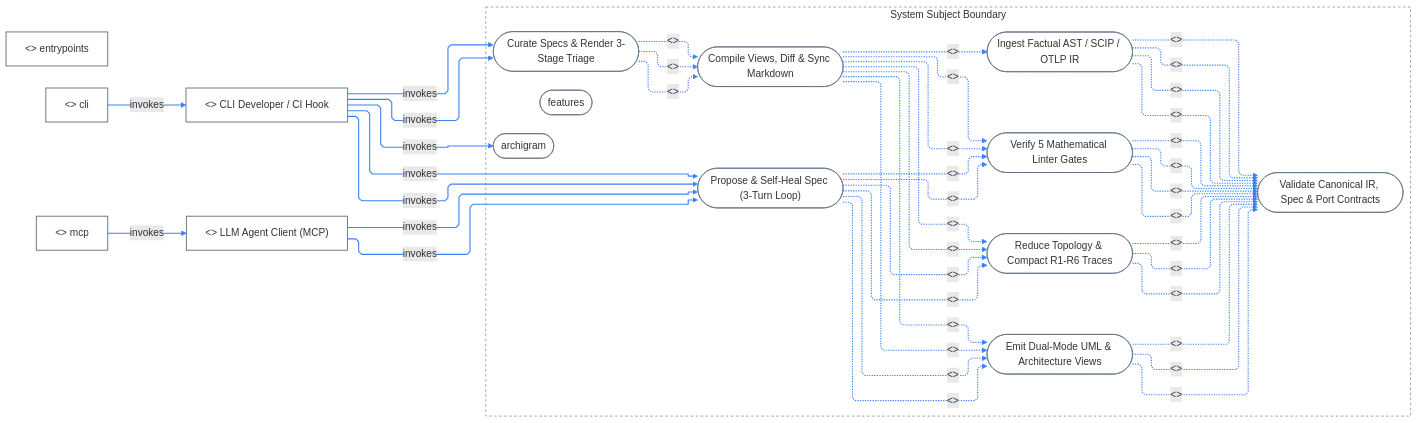
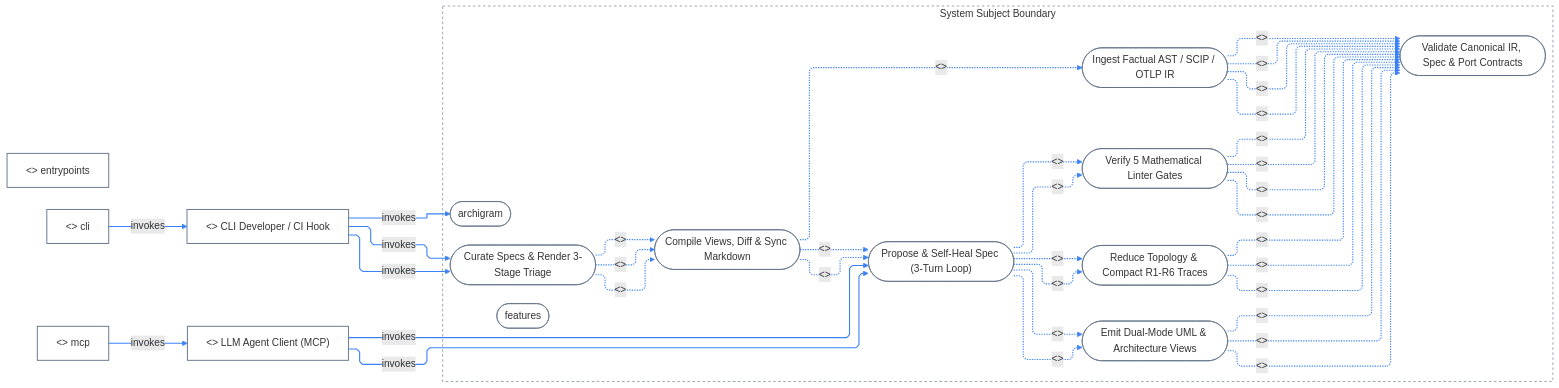
One commit to klcd/archigram changed the fifth of 8 diagrams in docs/architecture/uml-and-curation-showcase.md. Above: the diagram before and after it, drawn with Mermaid. The commit also changed other lines of this file and 58 other files, not shown here.

````diff
--- a/docs/architecture/uml-and-curation-showcase.md
+++ b/docs/architecture/uml-and-curation-showcase.md
@@ -473,72 +477,66 @@
 ```mermaid
 ---
 config:
   layout: elk
   elk:
     mergeEdges: false
     nodePlacementStrategy: BRANDES_KOEPF
   flowchart:
     defaultRenderer: elk
     curve: linear
 ---
 flowchart LR
   classDef default fill:transparent,stroke:#64748b,stroke-width:1.5px
   u0["<<actor>> CLI Developer / CI Hook"]
   u1["<<actor>> LLM Agent Client (MCP)"]
   u3["<<actor>> entrypoints"]
   u4["<<actor>> cli"]
   u5["<<actor>> mcp"]
   subgraph sys_boundary["System Subject Boundary"]
     u2(["archigram"])
     u6(["features"])
     u7(["Compile Views, Diff & Sync Markdown"])
     u8(["Curate Specs & Render 3-Stage Triage"])
     u9(["Validate Canonical IR, Spec & Port Contracts"])
     u10(["Emit Dual-Mode UML & Architecture Views"])
     u11(["Ingest Factual AST / SCIP / OTLP IR"])
     u12(["Propose & Self-Heal Spec (3-Turn Loop)"])
     u13(["Reduce Topology & Compact R1-R6 Traces"])
     u14(["Verify 5 Mathematical Linter Gates"])
   end
   style sys_boundary fill:transparent,stroke:#64748b,stroke-width:1px,stroke-dasharray:4 4
   u0 -->|"invokes"| u2
   u4 -->|"invokes"| u0
   u5 -->|"invokes"| u1
   u8 -.->|"<<include>>"| u7
   u8 -.->|"<<include>>"| u7
   u8 -.->|"<<include>>"| u7
   u0 -->|"invokes"| u8
   u0 -->|"invokes"| u8
   u14 -.->|"<<include>>"| u9
   u10 -.->|"<<include>>"| u9
   u10 -.->|"<<include>>"| u9
   u13 -.->|"<<include>>"| u9
   u14 -.->|"<<include>>"| u9
   u14 -.->|"<<include>>"| u9
   u14 -.->|"<<include>>"| u9
   u11 -.->|"<<include>>"| u9
   u11 -.->|"<<include>>"| u9
   u11 -.->|"<<include>>"| u9
   u11 -.->|"<<include>>"| u9
   u13 -.->|"<<include>>"| u9
   u10 -.->|"<<include>>"| u9
   u13 -.->|"<<include>>"| u9
-  u7 -.->|"<<include>>"| u10
-  u7 -.->|"<<include>>"| u10
   u12 -.->|"<<include>>"| u10
   u12 -.->|"<<include>>"| u10
   u7 -.->|"<<include>>"| u11
   u12 -.->|"<<include>>"| u14
-  u7 -.->|"<<include>>"| u14
-  u7 -.->|"<<include>>"| u14
   u12 -.->|"<<include>>"| u14
   u1 -->|"invokes"| u12
+  u7 -.->|"<<include>>"| u12
   u1 -->|"invokes"| u12
-  u0 -->|"invokes"| u12
-  u0 -->|"invokes"| u12
-  u7 -.->|"<<include>>"| u13
-  u7 -.->|"<<include>>"| u13
+  u7 -.->|"<<include>>"| u12
   u12 -.->|"<<include>>"| u13
   u12 -.->|"<<include>>"| u13
-  linkStyle 0,1,2,3,4,5,6,7,8,9,10,11,12,13,14,15,16,17,18,19,20,21,22,23,24,25,26,27,28,29,30,31,32,33,34,35,36,37,38 stroke:#3b82f6,stroke-width:1.75px
+  linkStyle 0,1,2,3,4,5,6,7,8,9,10,11,12,13,14,15,16,17,18,19,20,21,22,23,24,25,26,27,28,29,30,31,32 stroke:#3b82f6,stroke-width:1.75px
 ```
````
